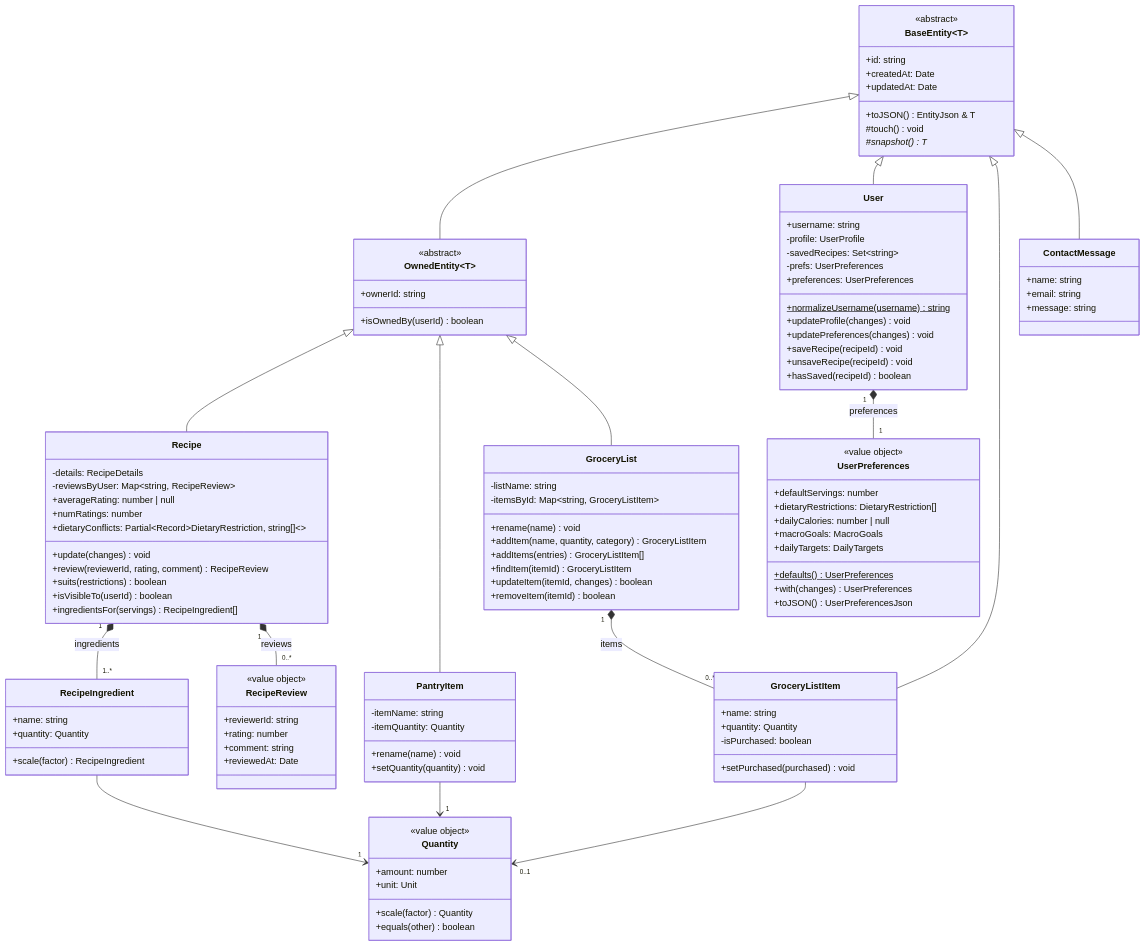
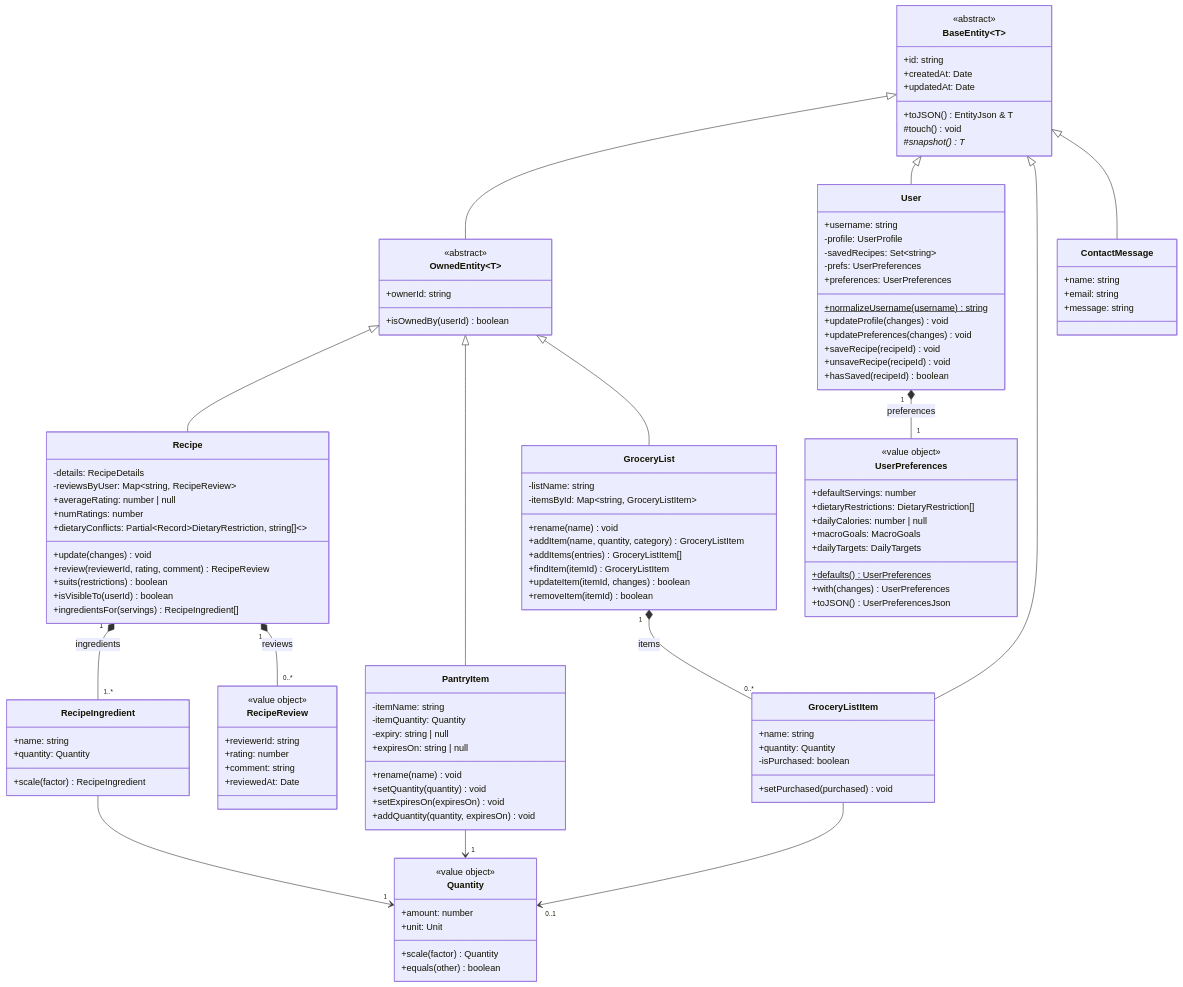
The second of 2 diagrams in docs/DESIGN.md (max1dyer/PlateUp), drawn with Mermaid before and after one commit. The commit also changed other lines of this file and 6 other files, not shown here.

```diff
--- a/docs/DESIGN.md
+++ b/docs/DESIGN.md
@@ -184,8 +184,12 @@
   class PantryItem {
     -itemName: string
     -itemQuantity: Quantity
+    -expiry: string | null
+    +expiresOn: string | null
     +rename(name) void
     +setQuantity(quantity) void
+    +setExpiresOn(expiresOn) void
+    +addQuantity(quantity, expiresOn) void
   }
   class GroceryList {
     -listName: string
```
